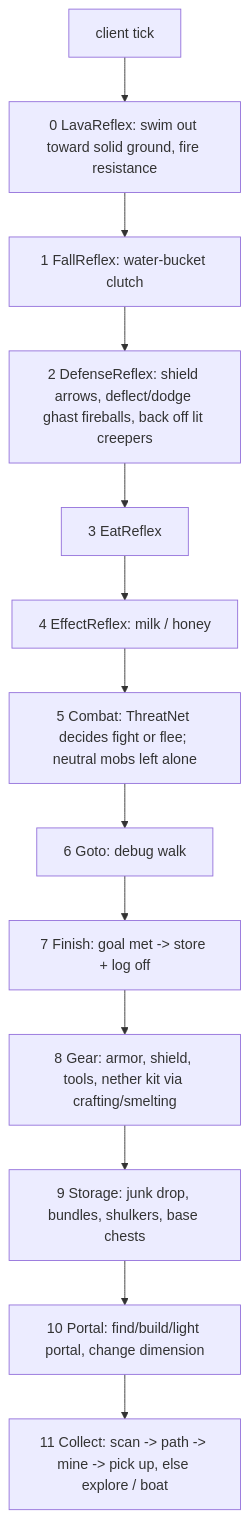
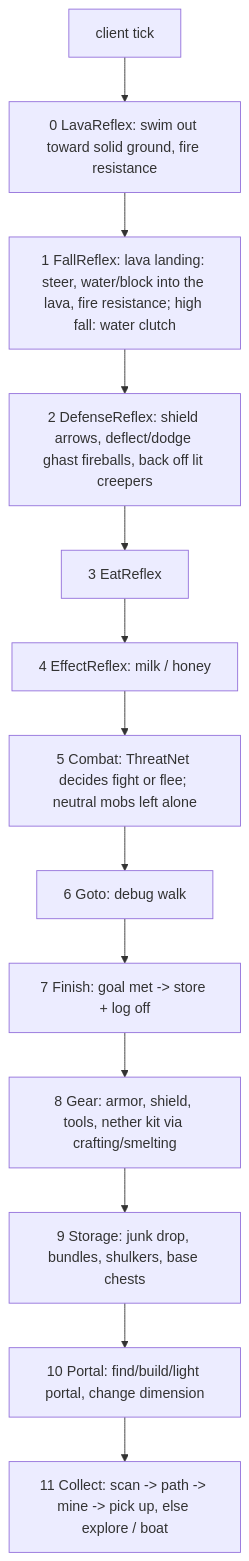
Before and after one commit to shrimpsooup2/autoCraft: the diagram in PLAN.md, drawn with Mermaid. The commit also changed other lines of this file and 1 other file, not shown here.

````diff
--- a/PLAN.md
+++ b/PLAN.md
@@ -28,15 +28,15 @@
 ```mermaid
 flowchart TD
   T[client tick] --> R0[0 LavaReflex: swim out toward solid ground, fire resistance]
-  R0 --> R1[1 FallReflex: water-bucket clutch]
+  R0 --> R1[1 FallReflex: lava landing: steer, water/block into the lava, fire resistance; high fall: water clutch]
   R1 --> R2[2 DefenseReflex: shield arrows, deflect/dodge ghast fireballs, back off lit creepers]
   R2 --> R3[3 EatReflex]
   R3 --> R4[4 EffectReflex: milk / honey]
   R4 --> C[5 Combat: ThreatNet decides fight or flee; neutral mobs left alone]
   C --> GO[6 Goto: debug walk]
   GO --> F[7 Finish: goal met -> store + log off]
   F --> G[8 Gear: armor, shield, tools, nether kit via crafting/smelting]
   G --> ST[9 Storage: junk drop, bundles, shulkers, base chests]
   ST --> P[10 Portal: find/build/light portal, change dimension]
   P --> CO[11 Collect: scan -> path -> mine -> pick up, else explore / boat]
 ```
````
